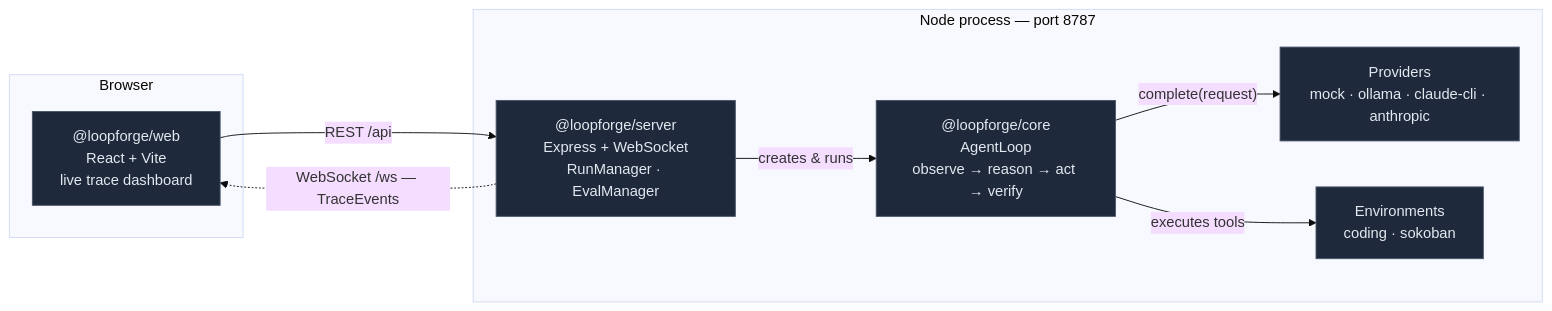
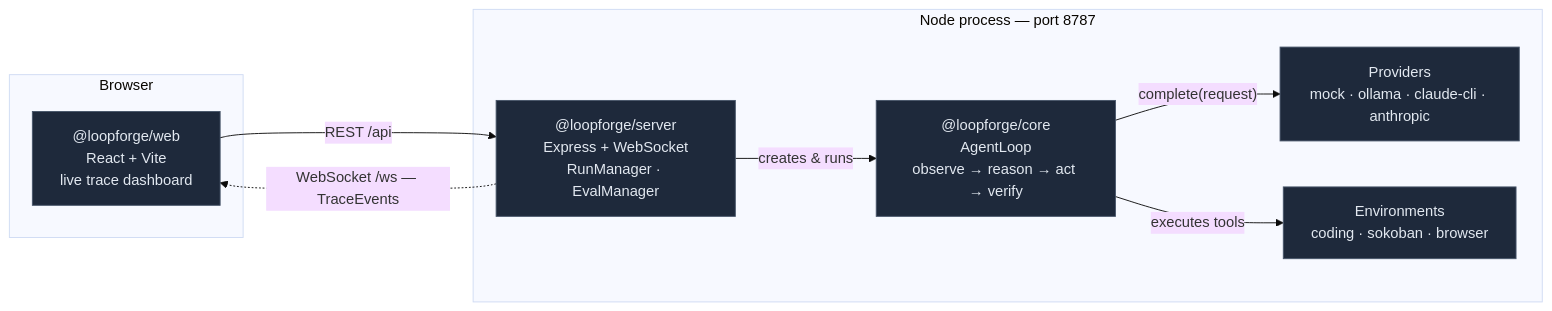
Before and after one commit to choi13/loopforge: the diagram in README.md, drawn with Mermaid (base theme). The commit also changed other lines of this file and 5 other files, not shown here.

````diff
--- a/README.md
+++ b/README.md
@@ -30,22 +31,22 @@
 ```mermaid
 flowchart LR
   subgraph browser["Browser"]
     web["@loopforge/web<br/>React + Vite<br/>live trace dashboard"]
   end
 
   subgraph node["Node process — port 8787"]
     server["@loopforge/server<br/>Express + WebSocket<br/>RunManager · EvalManager"]
     core["@loopforge/core<br/>AgentLoop<br/>observe → reason → act → verify"]
     providers["Providers<br/>mock · ollama · claude-cli · anthropic"]
-    envs["Environments<br/>coding · sokoban"]
+    envs["Environments<br/>coding · sokoban · browser"]
   end
 
   web -->|"REST /api"| server
   server -.->|"WebSocket /ws — TraceEvents"| web
   server -->|"creates & runs"| core
   core -->|"complete(request)"| providers
   core -->|"executes tools"| envs
 
   classDef pkg fill:#1e293b,stroke:#475569,color:#e2e8f0;
   class web,server,core,providers,envs pkg;
 ```
````
